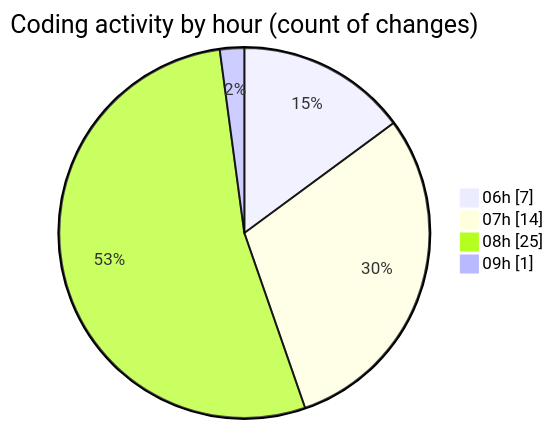
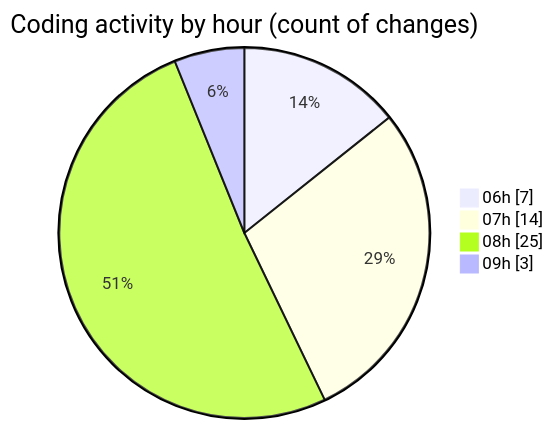
Before and after one commit to vahidmafi/code-tracking: the second of 2 diagrams in 2025-04-18/zeytoon/README.md, drawn with Mermaid. The commit also changed other lines of this file and 1 other file, not shown here.

````diff
--- a/2025-04-18/zeytoon/README.md
+++ b/2025-04-18/zeytoon/README.md
@@ -36,8 +37,8 @@
 ```mermaid
 pie showData
 title Coding activity by hour (count of changes)
 "06h" : 7
 "07h" : 14
 "08h" : 25
-"09h" : 1
+"09h" : 3
 ```
````
